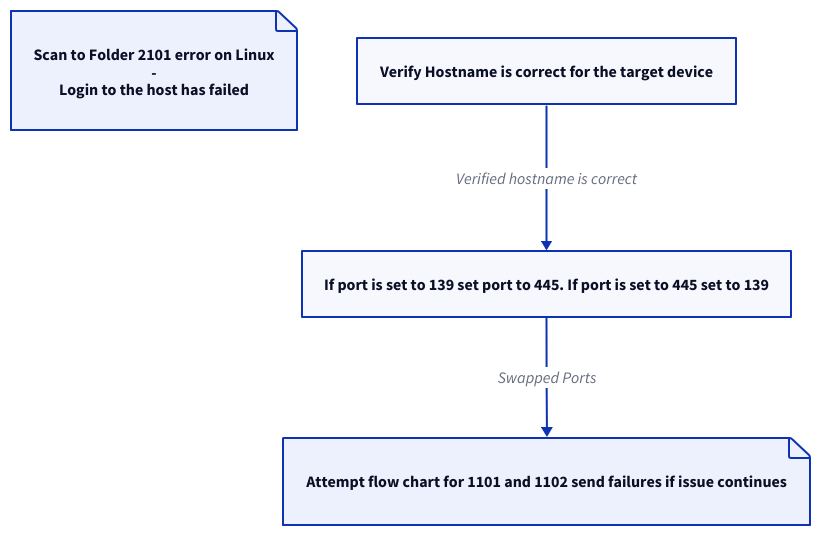
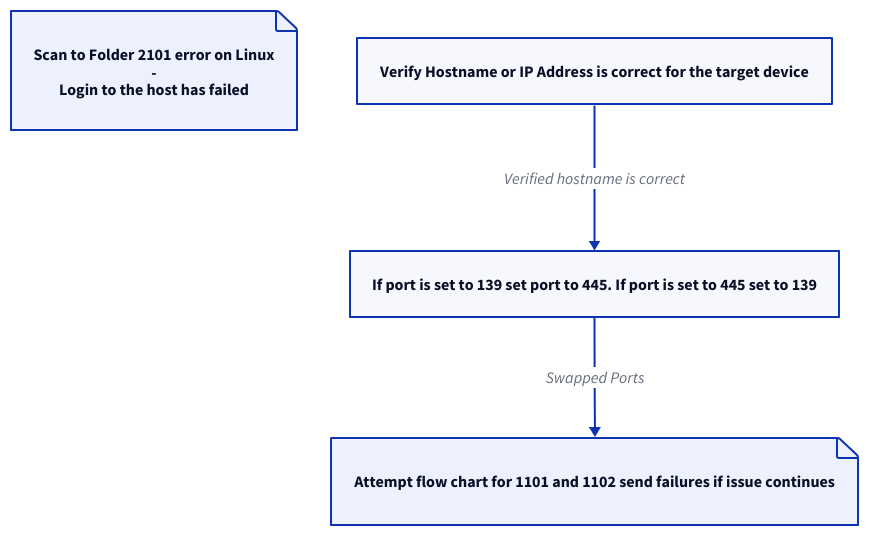
Before and after one commit to ThunderCreeper4/mfp-scanning-flowchart: the diagram in smb/kyocera/linux/2101.d2, drawn with D2. The commit also changed 2 other files, not shown here.

```diff
--- a/smb/kyocera/linux/2101.d2
+++ b/smb/kyocera/linux/2101.d2
@@ -1,14 +1,14 @@
 Scan to Folder 2101 error on Linux\n-\nLogin to the host has failed.: {class: note}
 classes: {
     step: {shape: rectangle}
     diagnose: {shape: diamond}
     fixed: {shape: rectangle; style: {fill: "#90FF90"; stroke: "#00A000";}}
     failure: {shape: rectangle; style: {fill: "#FF9090"; stroke: "#A00000";}}
     note: {shape: page;}
 }
 
-1: Verify Hostname is correct for the target device {class: step}
+1: Verify Hostname or IP Address is correct for the target device {class: step}
 2: If port is set to 139 set port to 445. If port is set to 445 set to 139 {class: step}
 1 -> 2: Verified hostname is correct
 3: Attempt flow chart for 1101 and 1102 send failures if issue continues {class: note}
 2 -> 3: Swapped Ports
```
